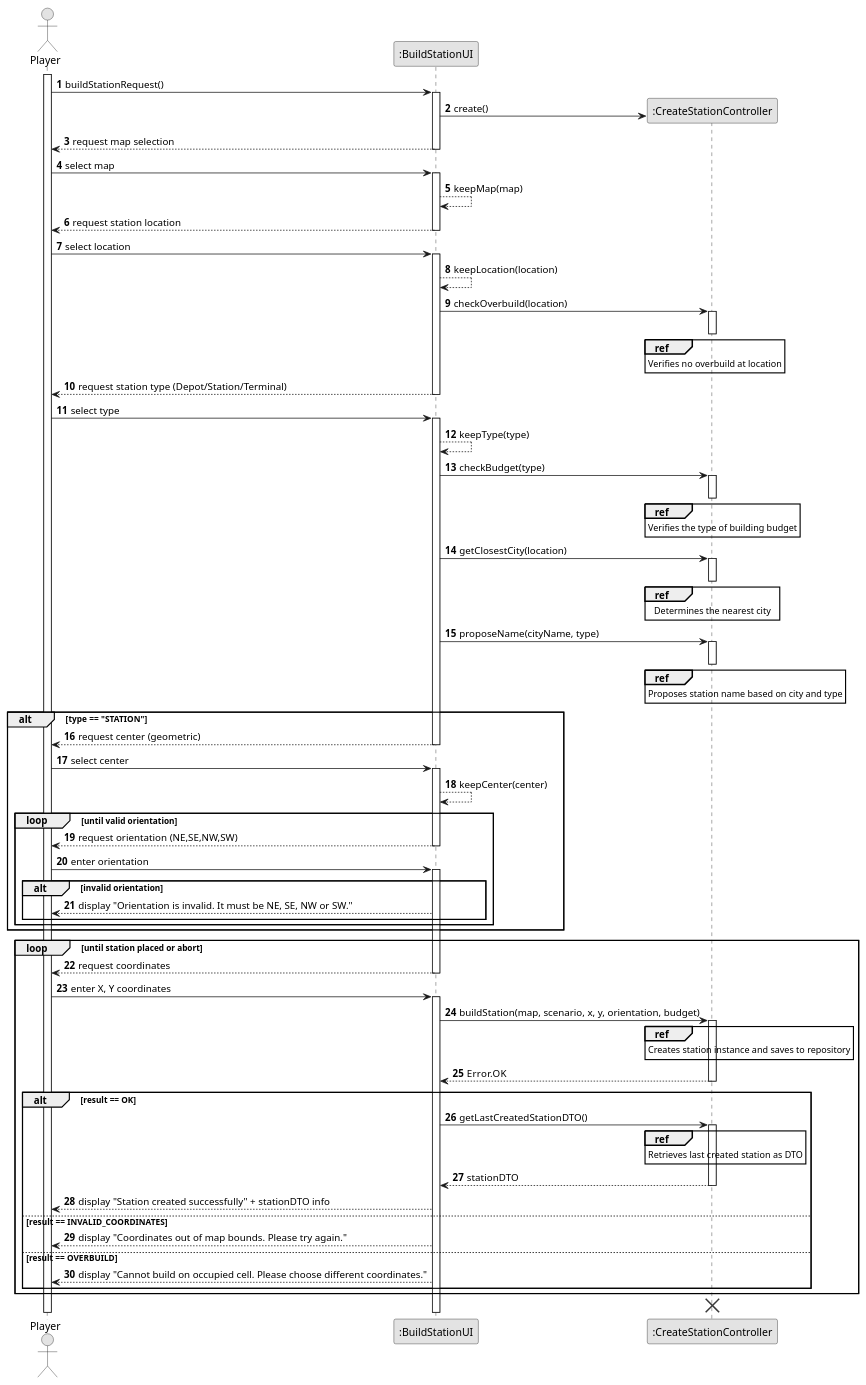
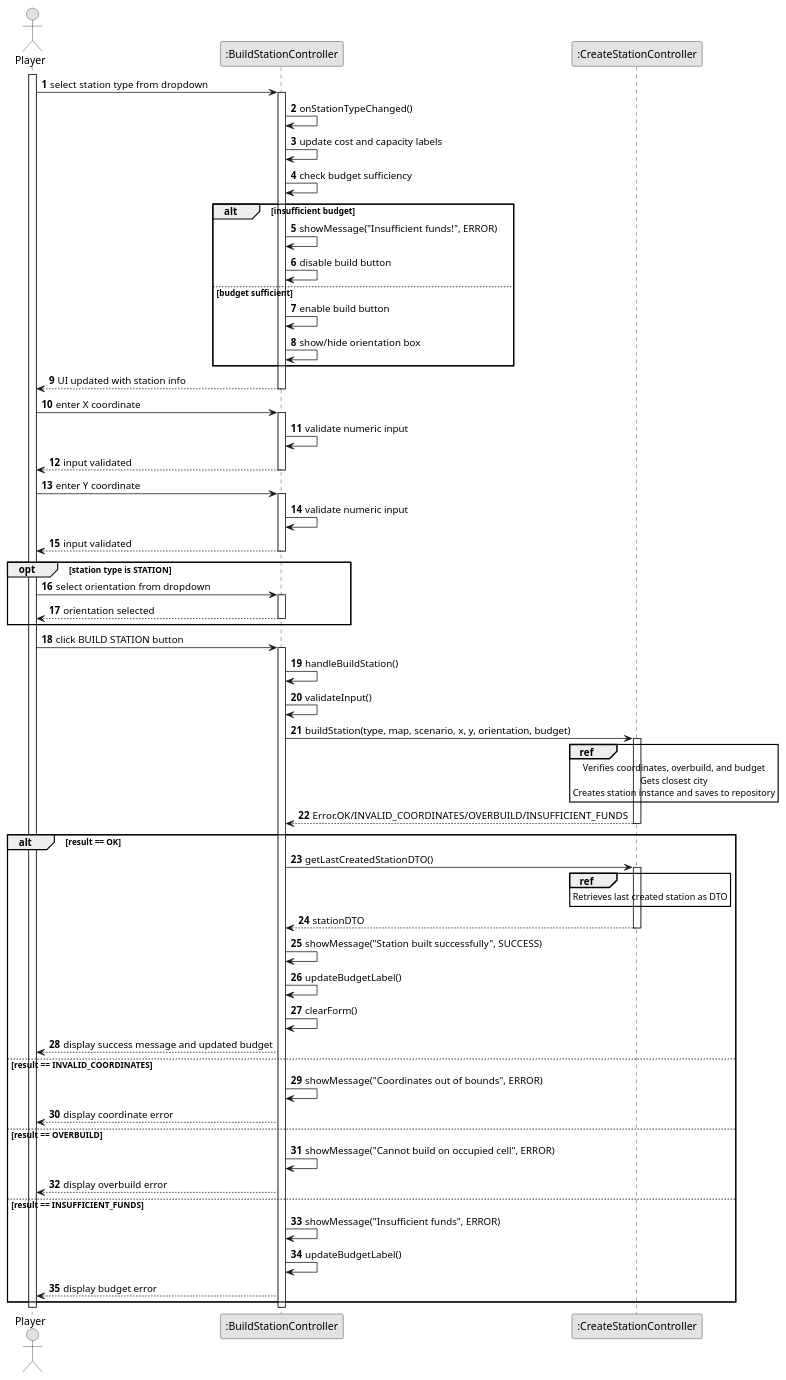
One commit to goncalolopesp/sem2-pi-24.25-g093-repo changed the diagram in docs/system-documentation/US005/03.design/puml/US005-SD-split.puml. Above: the diagram before and after it, drawn with PlantUML. The commit also changed 9 other files, not shown here.

```diff
--- a/docs/system-documentation/US005/03.design/puml/US005-SD-split.puml
+++ b/docs/system-documentation/US005/03.design/puml/US005-SD-split.puml
@@ -1,118 +1,91 @@
 @startuml US005-SD-split
 skinparam monochrome true
 skinparam packageStyle rectangle
 skinparam shadowing false
 
 autonumber
 
 actor "Player" as Player
-participant ":BuildStationUI" as BuildStationUI
+participant ":BuildStationController" as BuildStationController
 participant ":CreateStationController" as CreateStationController
 
 activate Player
 
-Player -> BuildStationUI : buildStationRequest()
-create CreateStationController
-activate BuildStationUI
-BuildStationUI -> CreateStationController: create()
+Player -> BuildStationController : select station type from dropdown
+activate BuildStationController
+BuildStationController -> BuildStationController : onStationTypeChanged()
+BuildStationController -> BuildStationController : update cost and capacity labels
+BuildStationController -> BuildStationController : check budget sufficiency
+alt insufficient budget
+    BuildStationController -> BuildStationController : showMessage("Insufficient funds!", ERROR)
+    BuildStationController -> BuildStationController : disable build button
+else budget sufficient
+    BuildStationController -> BuildStationController : enable build button
+    BuildStationController -> BuildStationController : show/hide orientation box
+end
+BuildStationController --> Player : UI updated with station info
+deactivate BuildStationController
+
+Player -> BuildStationController : enter X coordinate
+activate BuildStationController
+BuildStationController -> BuildStationController : validate numeric input
+BuildStationController --> Player : input validated
+deactivate BuildStationController
+
+Player -> BuildStationController : enter Y coordinate
+activate BuildStationController
+BuildStationController -> BuildStationController : validate numeric input
+BuildStationController --> Player : input validated
+deactivate BuildStationController
+
+opt station type is STATION
+    Player -> BuildStationController : select orientation from dropdown
+    activate BuildStationController
+    BuildStationController --> Player : orientation selected
+    deactivate BuildStationController
+end
+
+Player -> BuildStationController : click BUILD STATION button
+activate BuildStationController
+BuildStationController -> BuildStationController : handleBuildStation()
+BuildStationController -> BuildStationController : validateInput()
+
+BuildStationController -> CreateStationController : buildStation(type, map, scenario, x, y, orientation, budget)
+activate CreateStationController
+
+ref over CreateStationController
+    Verifies coordinates, overbuild, and budget
+    Gets closest city
+    Creates station instance and saves to repository
+end ref
+
+CreateStationController --> BuildStationController : Error.OK/INVALID_COORDINATES/OVERBUILD/INSUFFICIENT_FUNDS
 deactivate CreateStationController
 
-BuildStationUI --> Player : request map selection
-deactivate BuildStationUI
-Player -> BuildStationUI : select map
-activate BuildStationUI
-BuildStationUI --> BuildStationUI : keepMap(map)
-
-BuildStationUI --> Player : request station location
-deactivate BuildStationUI
-Player -> BuildStationUI : select location
-activate BuildStationUI
-BuildStationUI --> BuildStationUI : keepLocation(location)
-
-BuildStationUI -> CreateStationController : checkOverbuild(location)
-activate CreateStationController
-ref over CreateStationController
-    Verifies no overbuild at location
-end ref
-deactivate CreateStationController
-
-BuildStationUI --> Player : request station type (Depot/Station/Terminal)
-deactivate BuildStationUI
-Player -> BuildStationUI : select type
-activate BuildStationUI
-BuildStationUI --> BuildStationUI : keepType(type)
-
-BuildStationUI -> CreateStationController : checkBudget(type)
-activate CreateStationController
-ref over CreateStationController
-    Verifies the type of building budget
-end ref
-deactivate CreateStationController
-
-BuildStationUI -> CreateStationController : getClosestCity(location)
-activate CreateStationController
-ref over CreateStationController
-    Determines the nearest city
-end ref
-deactivate CreateStationController
-
-BuildStationUI -> CreateStationController : proposeName(cityName, type)
-activate CreateStationController
-ref over CreateStationController
-    Proposes station name based on city and type
-end ref
-deactivate CreateStationController
-
-alt type == "STATION"
-  BuildStationUI --> Player : request center (geometric)
-  deactivate BuildStationUI
-  Player -> BuildStationUI : select center
-  activate BuildStationUI
-  BuildStationUI --> BuildStationUI : keepCenter(center)
-
-  loop until valid orientation
-    BuildStationUI --> Player : request orientation (NE,SE,NW,SW)
-    deactivate BuildStationUI
-    Player -> BuildStationUI : enter orientation
-    activate BuildStationUI
-    alt invalid orientation
-      BuildStationUI --> Player : display "Orientation is invalid. It must be NE, SE, NW or SW."
-    end
-  end
-end
-
-loop until station placed or abort
-  BuildStationUI --> Player : request coordinates
-  deactivate BuildStationUI
-  Player -> BuildStationUI : enter X, Y coordinates
-  activate BuildStationUI
-
-  BuildStationUI -> CreateStationController : buildStation(map, scenario, x, y, orientation, budget)
-  activate CreateStationController
-  ref over CreateStationController
-    Creates station instance and saves to repository
-  end ref
-
-  CreateStationController --> BuildStationUI : Error.OK
-  deactivate CreateStationController
-
-  alt result == OK
-    BuildStationUI -> CreateStationController : getLastCreatedStationDTO()
+alt result == OK
+    BuildStationController -> CreateStationController : getLastCreatedStationDTO()
     activate CreateStationController
     ref over CreateStationController
         Retrieves last created station as DTO
     end ref
-    CreateStationController --> BuildStationUI : stationDTO
+    CreateStationController --> BuildStationController : stationDTO
     deactivate CreateStationController
-    BuildStationUI --> Player : display "Station created successfully" + stationDTO info
-  else result == INVALID_COORDINATES
-    BuildStationUI --> Player : display "Coordinates out of map bounds. Please try again."
-  else result == OVERBUILD
-    BuildStationUI --> Player : display "Cannot build on occupied cell. Please choose different coordinates."
-  end
+
+    BuildStationController -> BuildStationController : showMessage("Station built successfully", SUCCESS)
+    BuildStationController -> BuildStationController : updateBudgetLabel()
+    BuildStationController -> BuildStationController : clearForm()
+    BuildStationController --> Player : display success message and updated budget
+else result == INVALID_COORDINATES
+    BuildStationController -> BuildStationController : showMessage("Coordinates out of bounds", ERROR)
+    BuildStationController --> Player : display coordinate error
+else result == OVERBUILD
+    BuildStationController -> BuildStationController : showMessage("Cannot build on occupied cell", ERROR)
+    BuildStationController --> Player : display overbuild error
+else result == INSUFFICIENT_FUNDS
+    BuildStationController -> BuildStationController : showMessage("Insufficient funds", ERROR)
+    BuildStationController -> BuildStationController : updateBudgetLabel()
+    BuildStationController --> Player : display budget error
 end
-
-destroy CreateStationController
-deactivate BuildStationUI
+deactivate BuildStationController
 deactivate Player
 @enduml
```
